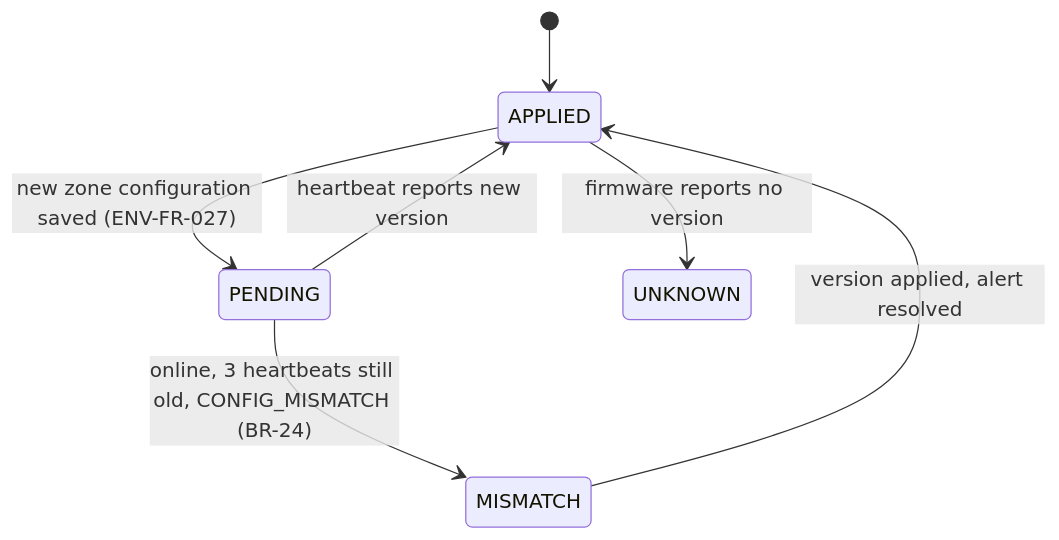
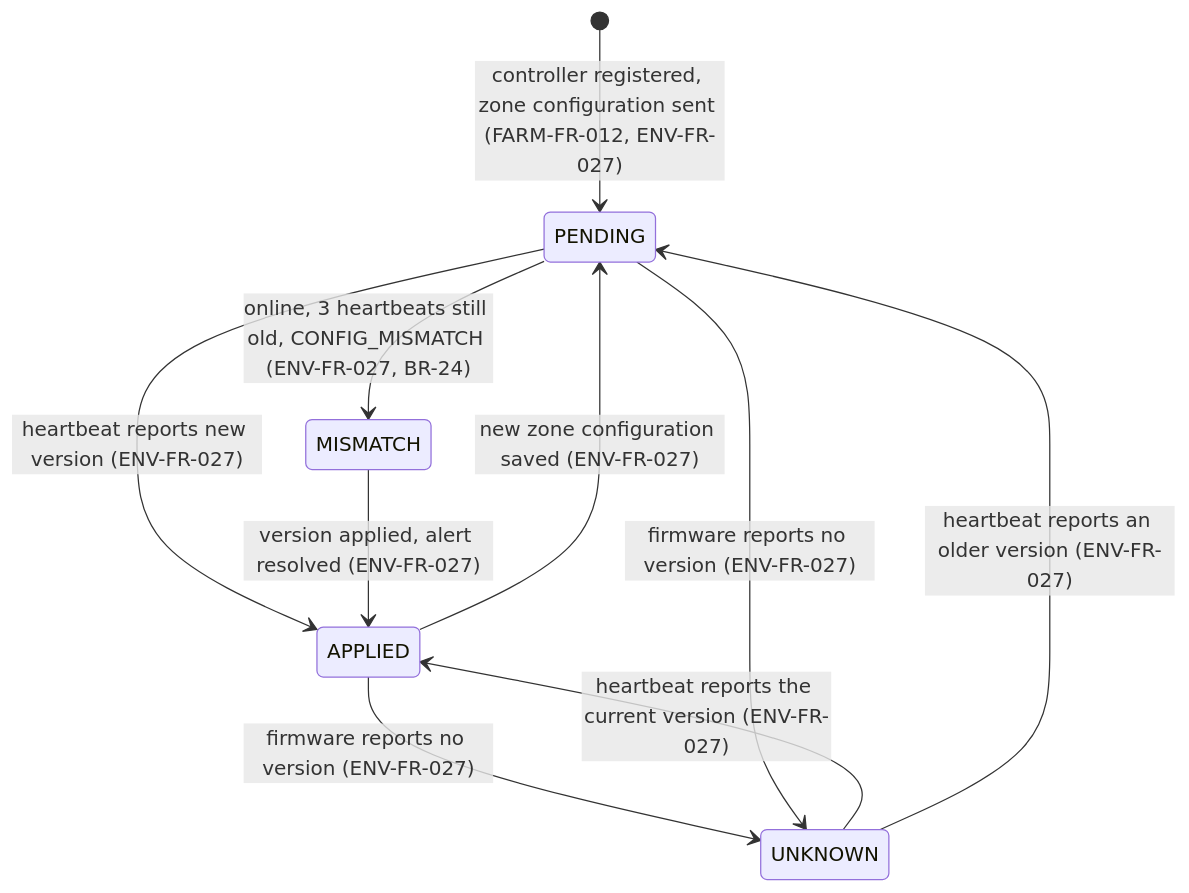
One commit to NBao261/SwiftletCare_KLTN changed diagram 15 of 40 in docs/reports/report4-sdd.md. Above: the diagram before and after it, drawn with Mermaid. The commit also changed other lines of this file and 5 other files, not shown here.

````diff
--- a/docs/reports/report4-sdd.md
+++ b/docs/reports/report4-sdd.md
@@ -1167,9 +1179,12 @@
 ```mermaid
 stateDiagram-v2
-  [*] --> APPLIED
+  [*] --> PENDING : controller registered, zone configuration sent (FARM-FR-012, ENV-FR-027)
   APPLIED --> PENDING : new zone configuration saved (ENV-FR-027)
-  PENDING --> APPLIED : heartbeat reports new version
-  PENDING --> MISMATCH : online, 3 heartbeats still old, CONFIG_MISMATCH (BR-24)
-  MISMATCH --> APPLIED : version applied, alert resolved
-  APPLIED --> UNKNOWN : firmware reports no version
+  PENDING --> APPLIED : heartbeat reports new version (ENV-FR-027)
+  PENDING --> MISMATCH : online, 3 heartbeats still old, CONFIG_MISMATCH (ENV-FR-027, BR-24)
+  MISMATCH --> APPLIED : version applied, alert resolved (ENV-FR-027)
+  APPLIED --> UNKNOWN : firmware reports no version (ENV-FR-027)
+  PENDING --> UNKNOWN : firmware reports no version (ENV-FR-027)
+  UNKNOWN --> APPLIED : heartbeat reports the current version (ENV-FR-027)
+  UNKNOWN --> PENDING : heartbeat reports an older version (ENV-FR-027)
 ```
````
